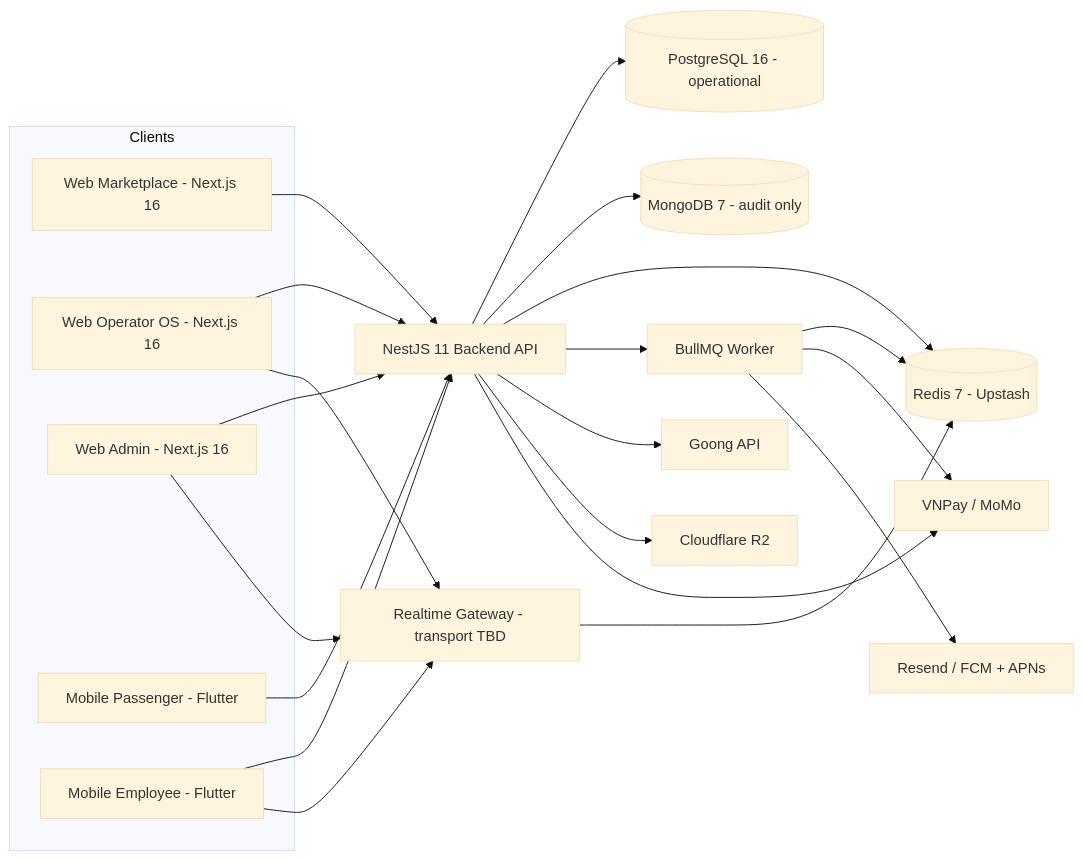
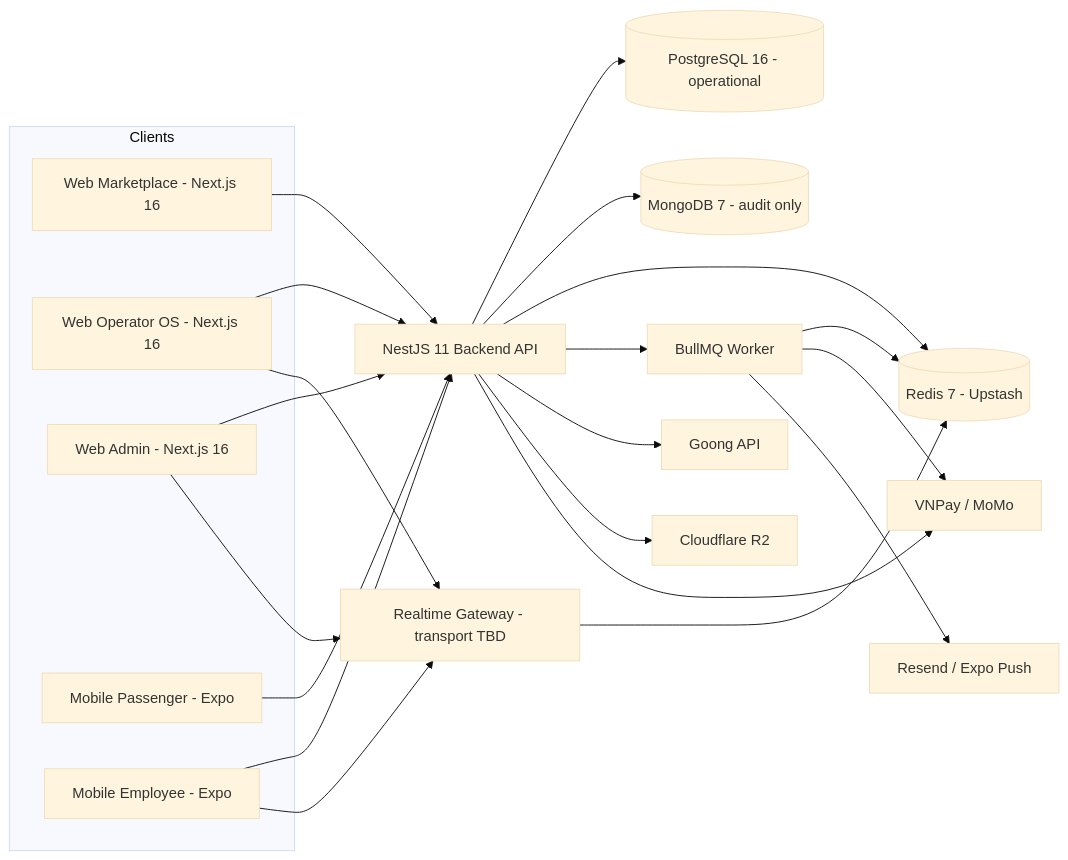
The first of 4 diagrams in doc/SDLC/02-hld-he-thong-dat-ve-xe-khach.md (nhkyn0410/Marketplace-Ve-Xe-Nhanh-Clould), drawn with Mermaid (base theme) before and after one commit. The commit also changed other lines of this file and 19 other files, not shown here.

````diff
--- a/doc/SDLC/02-hld-he-thong-dat-ve-xe-khach.md
+++ b/doc/SDLC/02-hld-he-thong-dat-ve-xe-khach.md
@@ -124,44 +123,44 @@
 ```mermaid
 flowchart LR
     subgraph Clients
       Marketplace[Web Marketplace - Next.js 16]
       OperatorOS[Web Operator OS - Next.js 16]
       Admin[Web Admin - Next.js 16]
-      PassengerApp[Mobile Passenger - Flutter]
-      EmployeeApp[Mobile Employee - Flutter]
+      PassengerApp[Mobile Passenger - Expo]
+      EmployeeApp[Mobile Employee - Expo]
     end
 
     Api[NestJS 11 Backend API]
     Realtime[Realtime Gateway - transport TBD]
     Queue[BullMQ Worker]
 
     Postgres[(PostgreSQL 16 - operational)]
     MongoAudit[(MongoDB 7 - audit only)]
     Redis[(Redis 7 - Upstash)]
 
     Routing[Goong API]
     Payment[VNPay / MoMo]
-    Notify[Resend / FCM + APNs]
+    Notify[Resend / Expo Push]
     Storage[Cloudflare R2]
 
     Marketplace --> Api
     OperatorOS --> Api
     Admin --> Api
     PassengerApp --> Api
     EmployeeApp --> Api
     EmployeeApp --> Realtime
     OperatorOS --> Realtime
     Admin --> Realtime
 
     Api --> Postgres
     Api --> MongoAudit
     Api --> Redis
     Api --> Queue
     Queue --> Redis
     Queue --> Payment
     Queue --> Notify
     Api --> Routing
     Api --> Storage
     Api --> Payment
     Realtime --> Redis
 ```
````
